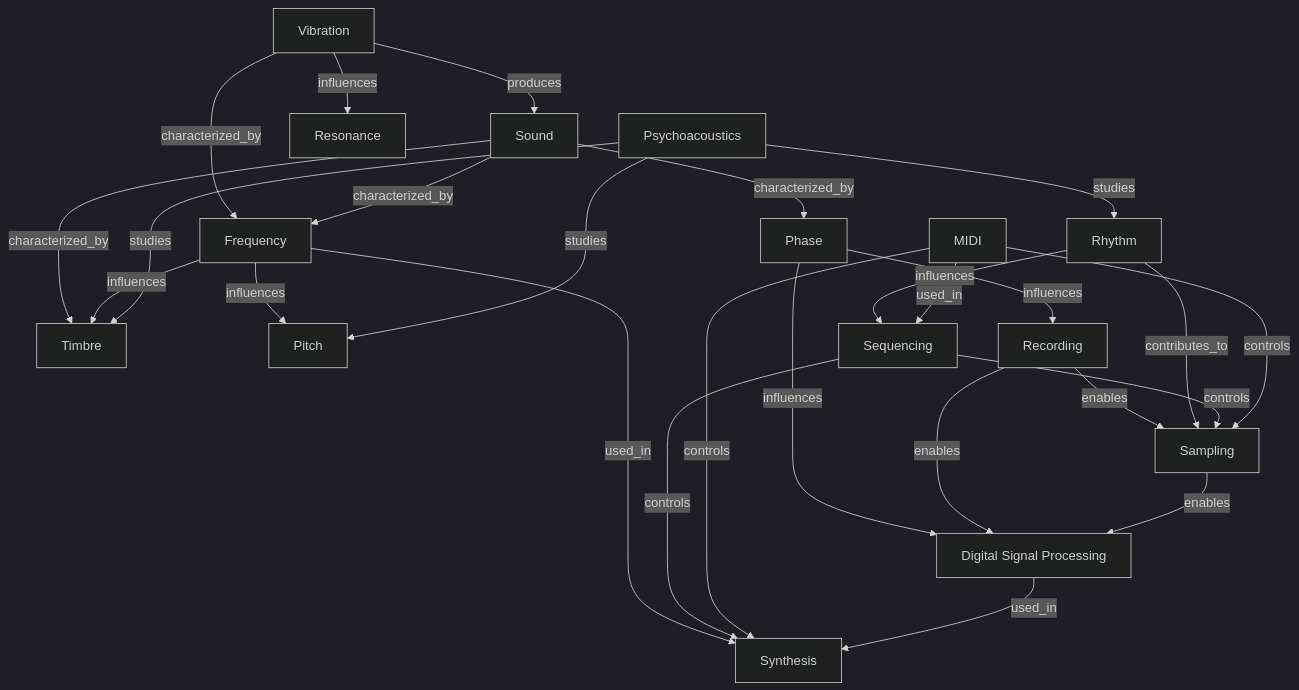
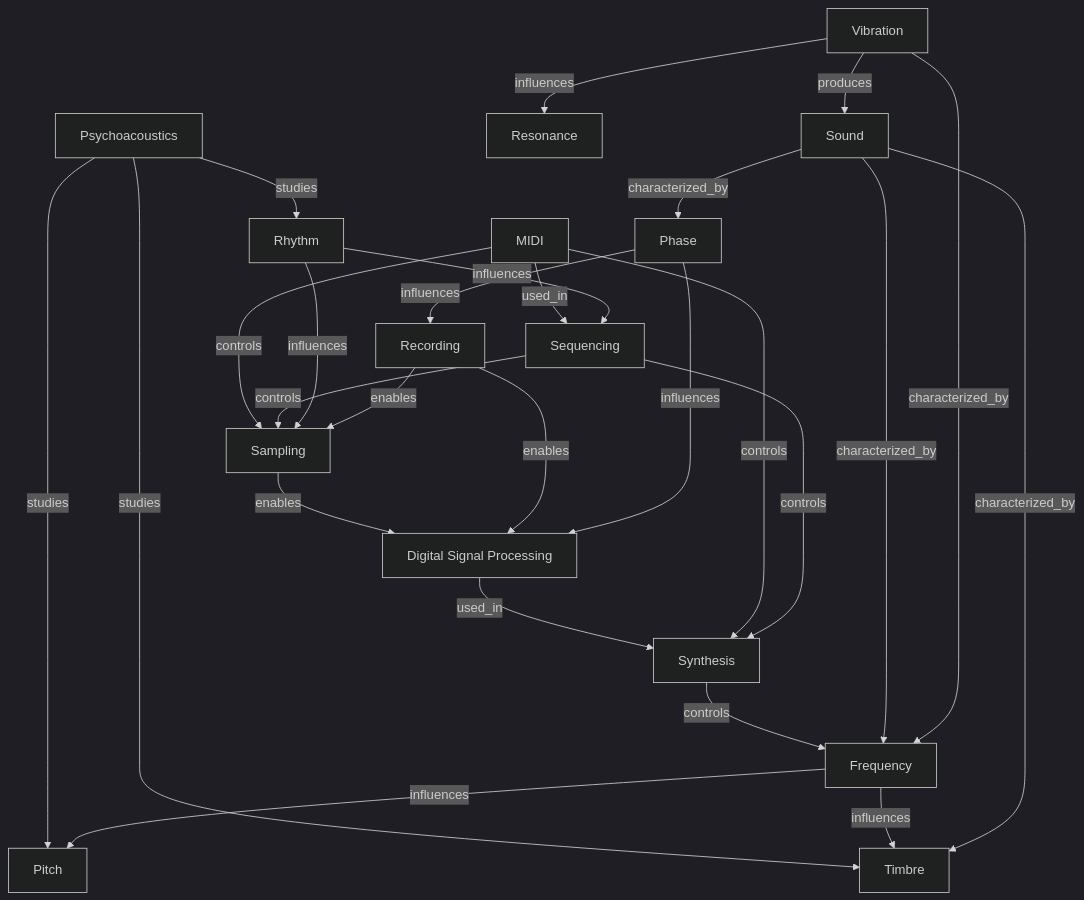
The diagram in docs/session-node-map.md (britbufkin1225-web/audiomuse), drawn with Mermaid (dark theme) before and after one commit. The commit also changed 7 other files, not shown here.

````diff
--- a/docs/session-node-map.md
+++ b/docs/session-node-map.md
@@ -49,32 +49,32 @@
 ```mermaid
 graph TD
     VIBRATION[Vibration] -- produces --> SOUND[Sound]
     VIBRATION -- characterized_by --> FREQUENCY[Frequency]
     VIBRATION -- influences --> RESONANCE[Resonance]
 
     SOUND -- characterized_by --> PHASE[Phase]
     SOUND -- characterized_by --> FREQUENCY
     SOUND -- characterized_by --> TIMBRE[Timbre]
 
     FREQUENCY -- influences --> PITCH[Pitch]
     FREQUENCY -- influences --> TIMBRE
-    FREQUENCY -- used_in --> SYNTHESIS[Synthesis]
+    SYNTHESIS[Synthesis] -- controls --> FREQUENCY
     PHASE -- influences --> RECORDING[Recording]
     PHASE -- influences --> DSP[Digital Signal Processing]
 
     PSYCHO[Psychoacoustics] -- studies --> PITCH
     PSYCHO -- studies --> TIMBRE
     PSYCHO -- studies --> RHYTHM[Rhythm]
 
     RECORDING -- enables --> SAMPLING[Sampling]
     RECORDING -- enables --> DSP
-    RHYTHM -- contributes_to --> SAMPLING
+    RHYTHM -- influences --> SAMPLING
     RHYTHM -- influences --> SEQUENCING[Sequencing]
     SEQUENCING -- controls --> SAMPLING
     SEQUENCING -- controls --> SYNTHESIS
     MIDI[MIDI] -- used_in --> SEQUENCING
     MIDI -- controls --> SAMPLING
     MIDI -- controls --> SYNTHESIS
     DSP -- used_in --> SYNTHESIS
     SAMPLING -- enables --> DSP
 ```
````
